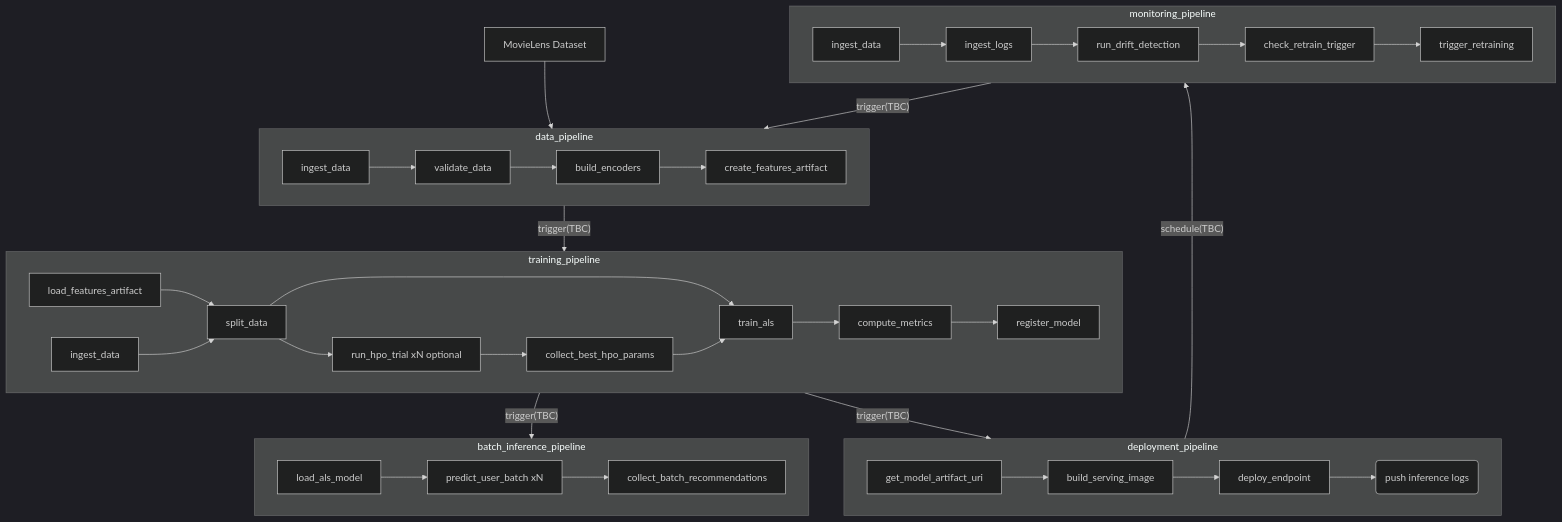
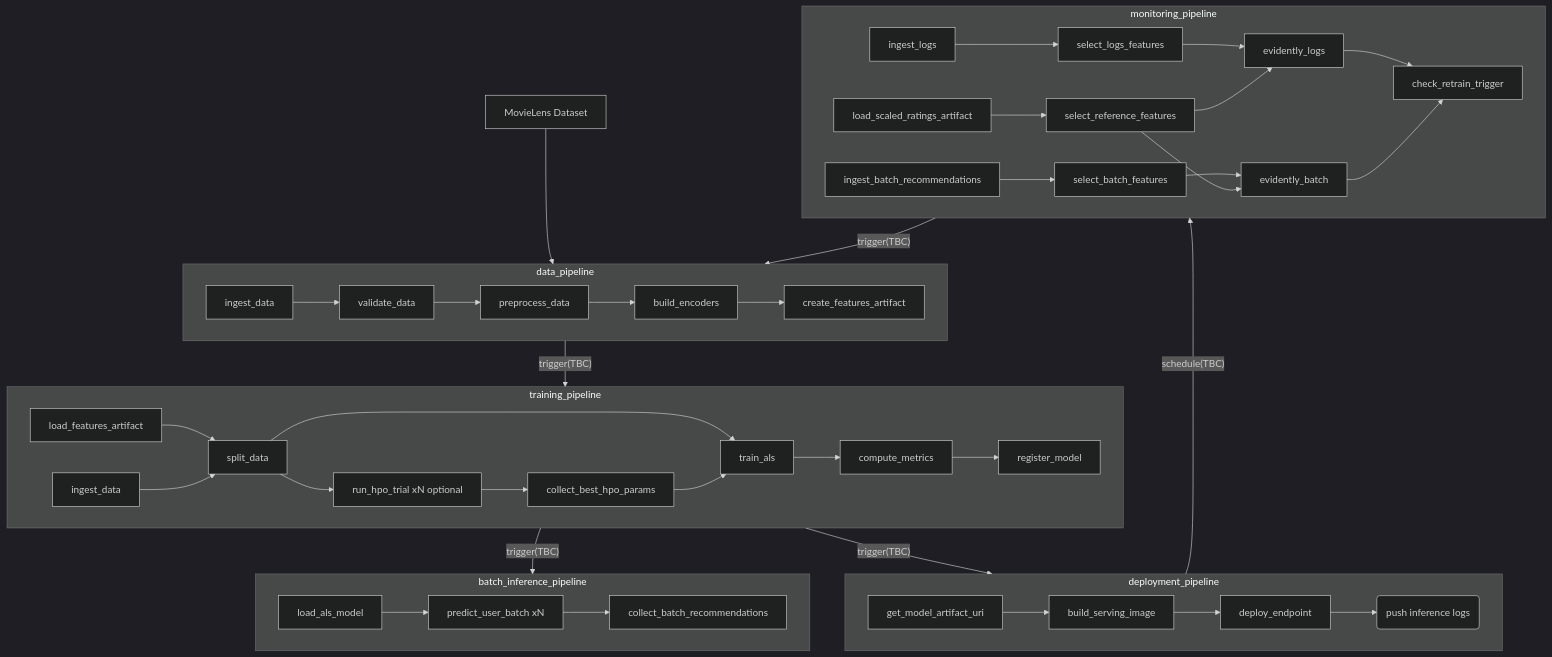
The diagram in .agents/specs/wf_matrix_factorization.md (sagadana/zenml-mlops), drawn with Mermaid (dark theme) before and after one commit. The commit also changed other lines of this file and 12 other files, not shown here.

````diff
--- a/.agents/specs/wf_matrix_factorization.md
+++ b/.agents/specs/wf_matrix_factorization.md
@@ -19,37 +19,43 @@
 ```mermaid
 graph TD
 
     subgraph D[data_pipeline]
-        D1[ingest_data] --> D2[validate_data] --> D3[build_encoders] --> D4[create_features_artifact]
+        D1[ingest_data] --> D2[validate_data] --> D2a[preprocess_data] --> D3[build_encoders] --> D4[create_features_artifact]
     end
 
     subgraph T[training_pipeline]
         T0[load_features_artifact] --> T4[split_data]
         T1[ingest_data] --> T4
         T4 --> T5[run_hpo_trial xN optional]
         T5 --> T6[collect_best_hpo_params]
         T4 --> T7[train_als]
         T6 --> T7
         T7 --> T10[compute_metrics] --> T11[register_model]
     end
 
     subgraph BI[batch_inference_pipeline]
         S1[load_als_model] --> S2[predict_user_batch xN] --> S3[collect_batch_recommendations]
     end
 
     subgraph DP[deployment_pipeline]
         S4[get_model_artifact_uri] --> S5[build_serving_image] --> S6[deploy_endpoint] --> S6-a(push inference logs)
     end
 
     subgraph M[monitoring_pipeline]
-        M1[ingest_data] --> M2[ingest_logs] --> M3[run_drift_detection] --> M4[check_retrain_trigger] --> M5[trigger_retraining]
+        M1[load_scaled_ratings_artifact] --> M1a[select_reference_features]
+        M2[ingest_logs] --> M2a[select_logs_features] --> M3a[evidently_logs]
+        M4[ingest_batch_recommendations] --> M4a[select_batch_features] --> M3b[evidently_batch]
+        M1a --> M3a
+        M1a --> M3b
+        M3a --> M5[check_retrain_trigger]
+        M3b --> M5
     end
 
     A[MovieLens Dataset] --> D
     D -->|"trigger(TBC)"| T
     T -->|"trigger(TBC)"| BI
     T -->|"trigger(TBC)"| DP
     DP -->|"schedule(TBC)"| M
     M -->|"trigger(TBC)"| D
 
 ```
````
